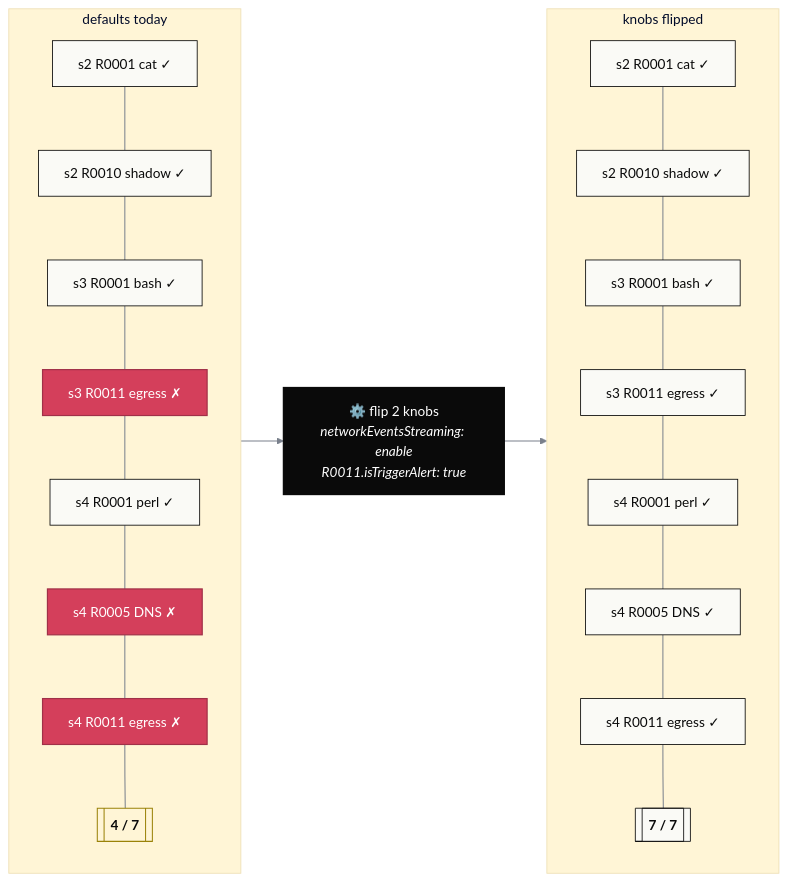
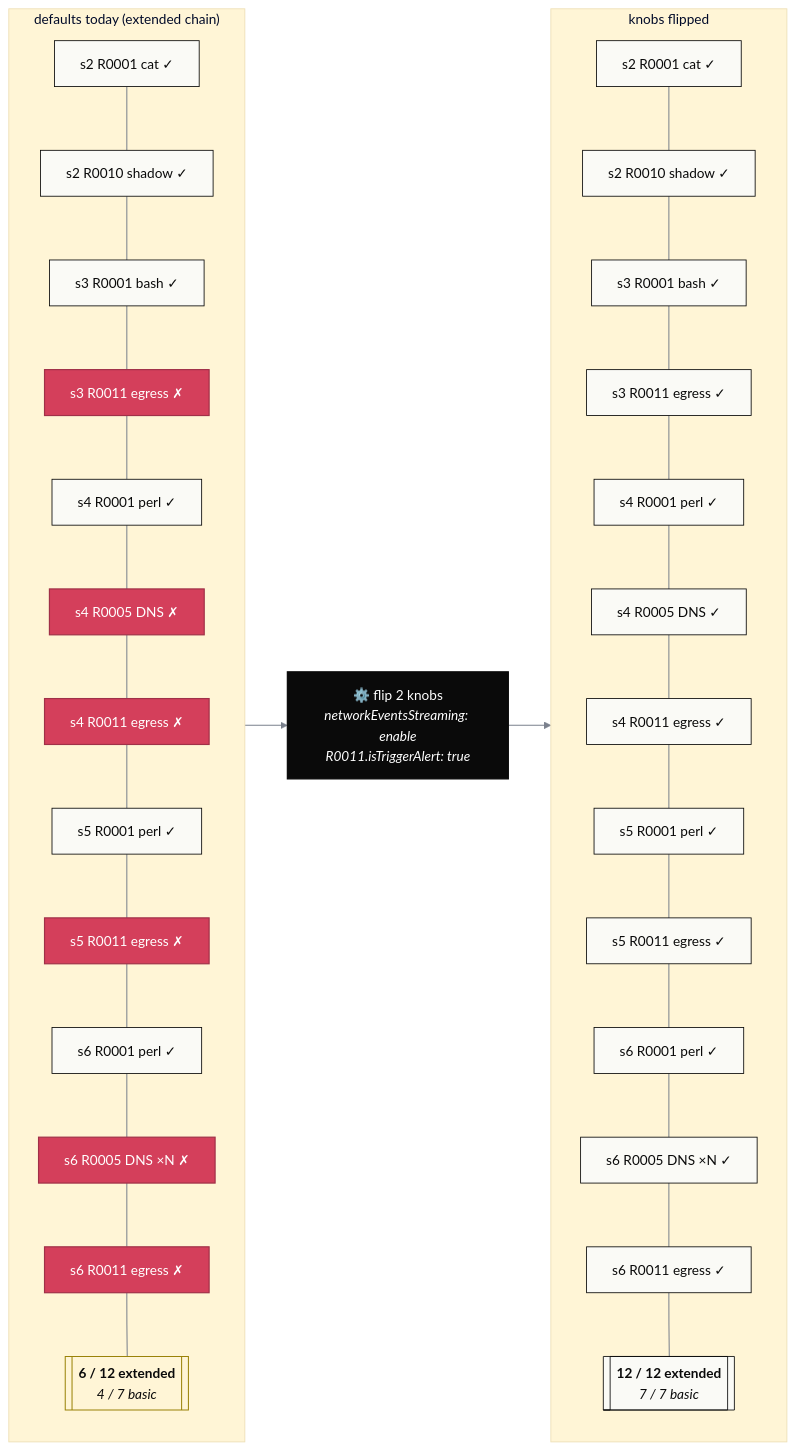
The tenth of 10 diagrams in example/chain/diagrams.md (k8sstormcenter/bob), drawn with Mermaid before and after one commit. The commit also changed other lines of this file and 13 other files, not shown here.

First line of the commit message:
feat(chain): extended s5/s6 — real pg-wire row exfil + DNS exfil (#124)

````diff
--- a/example/chain/diagrams.md
+++ b/example/chain/diagrams.md
@@ -365,40 +427,50 @@
 ```mermaid
 %%{init: {"theme":"base","themeVariables":{"primaryColor":"#C3A50D","primaryTextColor":"#0a0a0a","primaryBorderColor":"#9a8208","lineColor":"#0a0a0a","secondaryColor":"#D43F5B","tertiaryColor":"#fff5d6"}}}%%
 flowchart LR
   classDef warn fill:#D43F5B,stroke:#a03048,color:#fff,stroke-width:1.4px
   classDef ok   fill:#fafaf6,stroke:#0a0a0a,color:#0a0a0a,stroke-width:1px
   classDef cmp  fill:#fff5d6,stroke:#9a8208,color:#0a0a0a,stroke-width:1.2px
   classDef live fill:#0a0a0a,stroke:#0a0a0a,color:#fff,stroke-width:1.4px
 
-  subgraph defaults [" defaults today "]
+  subgraph defaults [" defaults today (extended chain) "]
     direction TB
     a1["s2 R0001 cat ✓"]:::ok
     a2["s2 R0010 shadow ✓"]:::ok
     a3["s3 R0001 bash ✓"]:::ok
     a4["s3 R0011 egress ✗"]:::warn
     a5["s4 R0001 perl ✓"]:::ok
     a6["s4 R0005 DNS ✗"]:::warn
     a7["s4 R0011 egress ✗"]:::warn
-    cov_a[["<b>4 / 7</b>"]]:::cmp
-    a1 ~~~ a2 ~~~ a3 ~~~ a4 ~~~ a5 ~~~ a6 ~~~ a7 ~~~ cov_a
+    a8["s5 R0001 perl ✓"]:::ok
+    a9["s5 R0011 egress ✗"]:::warn
+    a10["s6 R0001 perl ✓"]:::ok
+    a11["s6 R0005 DNS ×N ✗"]:::warn
+    a12["s6 R0011 egress ✗"]:::warn
+    cov_a[["<b>6 / 12 extended</b><br/><i>4 / 7 basic</i>"]]:::cmp
+    a1 ~~~ a2 ~~~ a3 ~~~ a4 ~~~ a5 ~~~ a6 ~~~ a7 ~~~ a8 ~~~ a9 ~~~ a10 ~~~ a11 ~~~ a12 ~~~ cov_a
   end
 
   switch["⚙️ flip 2 knobs<br/><i>networkEventsStreaming: enable</i><br/><i>R0011.isTriggerAlert: true</i>"]:::live
 
   subgraph flipped [" knobs flipped "]
     direction TB
     b1["s2 R0001 cat ✓"]:::ok
     b2["s2 R0010 shadow ✓"]:::ok
     b3["s3 R0001 bash ✓"]:::ok
     b4["s3 R0011 egress ✓"]:::ok
     b5["s4 R0001 perl ✓"]:::ok
     b6["s4 R0005 DNS ✓"]:::ok
     b7["s4 R0011 egress ✓"]:::ok
-    cov_b[["<b>7 / 7</b>"]]:::ok
-    b1 ~~~ b2 ~~~ b3 ~~~ b4 ~~~ b5 ~~~ b6 ~~~ b7 ~~~ cov_b
+    b8["s5 R0001 perl ✓"]:::ok
+    b9["s5 R0011 egress ✓"]:::ok
+    b10["s6 R0001 perl ✓"]:::ok
+    b11["s6 R0005 DNS ×N ✓"]:::ok
+    b12["s6 R0011 egress ✓"]:::ok
+    cov_b[["<b>12 / 12 extended</b><br/><i>7 / 7 basic</i>"]]:::ok
+    b1 ~~~ b2 ~~~ b3 ~~~ b4 ~~~ b5 ~~~ b6 ~~~ b7 ~~~ b8 ~~~ b9 ~~~ b10 ~~~ b11 ~~~ b12 ~~~ cov_b
   end
 
   defaults --> switch --> flipped
 
   linkStyle default stroke:#7a808c,stroke-width:1.2px
 ```
````
